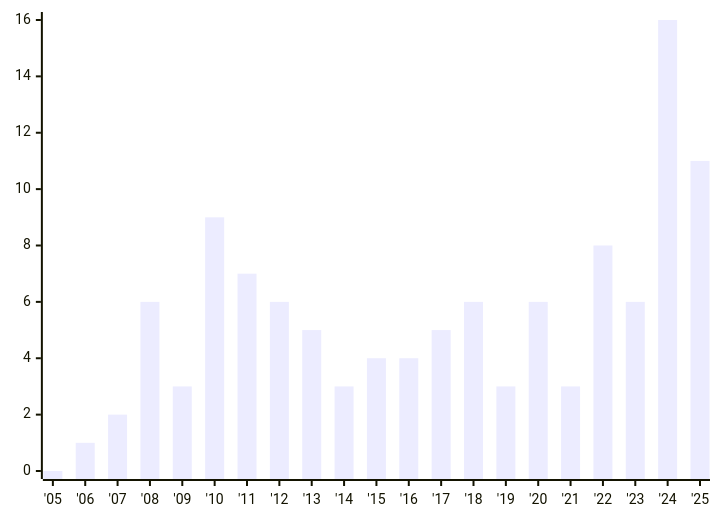
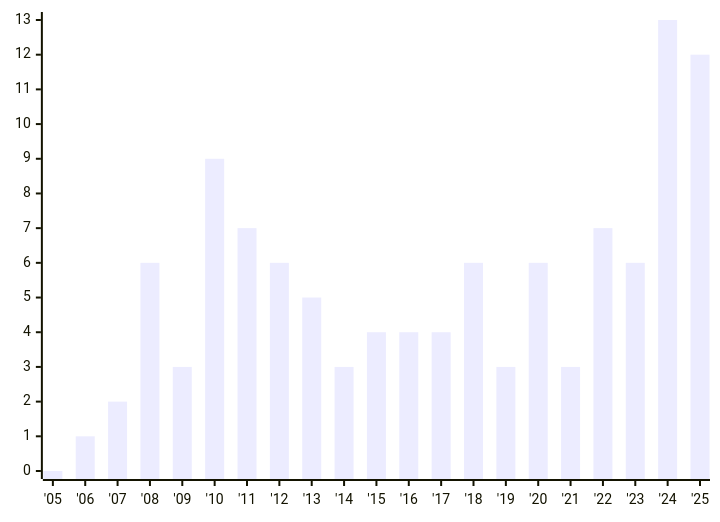
Before and after one commit to austrellum/navigator: the second of 4 diagrams in index.stats.md, drawn with Mermaid. The commit also changed other lines of this file and 7 other files, not shown here.

````diff
--- a/index.stats.md
+++ b/index.stats.md
@@ -18,6 +18,6 @@
 ```mermaid
 xychart-beta
   x-axis ["'05","'06","'07","'08","'09","'10","'11","'12","'13","'14","'15","'16","'17","'18","'19","'20","'21","'22","'23","'24","'25"]
-  y-axis 0 --> 16
-  bar [0,1,2,6,3,9,7,6,5,3,4,4,5,6,3,6,3,8,6,16,11]
+  y-axis 0 --> 13
+  bar [0,1,2,6,3,9,7,6,5,3,4,4,4,6,3,6,3,7,6,13,12]
 ```
````
